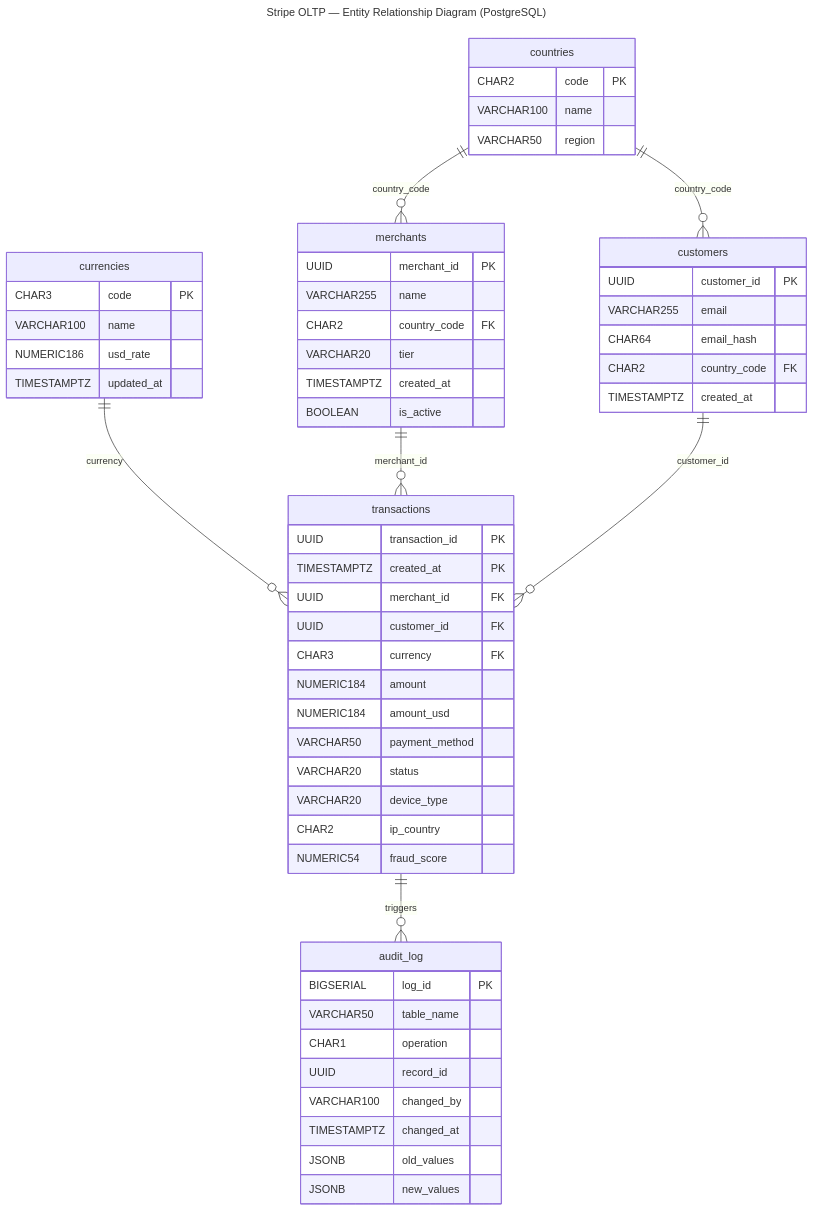
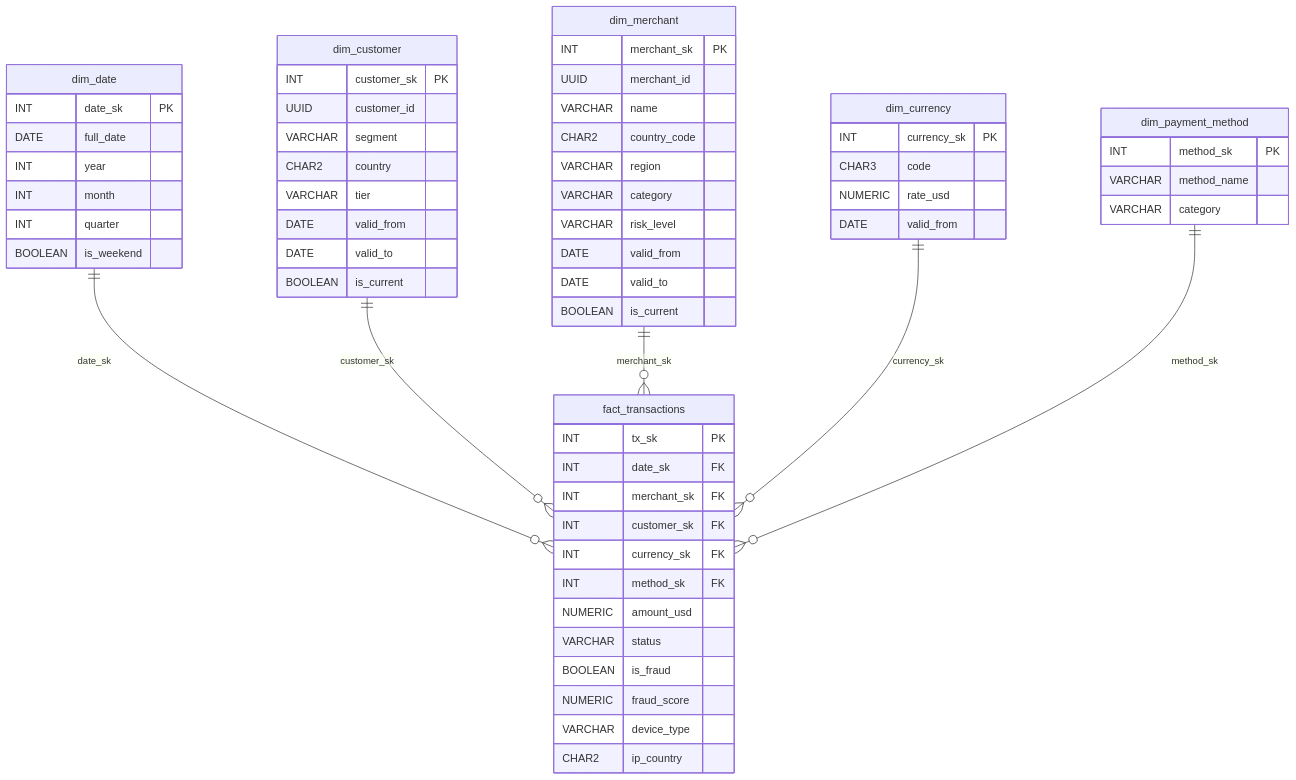
One commit to Artificial-Intelligence-Architect/Stripe-Business-Case changed the second of 3 diagrams in README.md. Above: the diagram before and after it, drawn with Mermaid. The commit also changed other lines of this file and 1 other file, not shown here.

````diff
--- a/README.md
+++ b/README.md
@@ -184,69 +192,63 @@
 ```mermaid
----
-title: "Stripe OLTP — Entity Relationship Diagram (PostgreSQL)"
----
 erDiagram
-
-    countries {
-        CHAR2       code        PK
-        VARCHAR100  name
-        VARCHAR50   region
+    dim_date {
+        INT date_sk PK
+        DATE full_date
+        INT year
+        INT month
+        INT quarter
+        BOOLEAN is_weekend
     }
-
-    currencies {
-        CHAR3       code        PK
-        VARCHAR100  name
-        NUMERIC186  usd_rate
-        TIMESTAMPTZ updated_at
+    dim_customer {
+        INT customer_sk PK
+        UUID customer_id
+        VARCHAR segment
+        CHAR2 country
+        VARCHAR tier
+        DATE valid_from
+        DATE valid_to
+        BOOLEAN is_current
     }
-
-    merchants {
-        UUID        merchant_id  PK
-        VARCHAR255  name
-        CHAR2       country_code FK
-        VARCHAR20   tier
-        TIMESTAMPTZ created_at
-        BOOLEAN     is_active
+    dim_merchant {
+        INT merchant_sk PK
+        UUID merchant_id
+        VARCHAR name
+        CHAR2 country_code
+        VARCHAR region
+        VARCHAR category
+        VARCHAR risk_level
+        DATE valid_from
+        DATE valid_to
+        BOOLEAN is_current
     }
-
-    customers {
-        UUID        customer_id  PK
-        VARCHAR255  email
-        CHAR64      email_hash
-        CHAR2       country_code FK
-        TIMESTAMPTZ created_at
+    dim_currency {
+        INT currency_sk PK
+        CHAR3 code
+        NUMERIC rate_usd
+        DATE valid_from
     }
-
-    transactions {
-        UUID        transaction_id  PK
-        TIMESTAMPTZ created_at      PK
-        UUID        merchant_id     FK
-        UUID        customer_id     FK
-        CHAR3       currency        FK
-        NUMERIC184  amount
-        NUMERIC184  amount_usd
-        VARCHAR50   payment_method
-        VARCHAR20   status
-        VARCHAR20   device_type
-        CHAR2       ip_country
-        NUMERIC54   fraud_score
+    dim_payment_method {
+        INT method_sk PK
+        VARCHAR method_name
+        VARCHAR category
     }
-
-    audit_log {
-        BIGSERIAL   log_id      PK
-        VARCHAR50   table_name
-        CHAR1       operation
-        UUID        record_id
-        VARCHAR100  changed_by
-        TIMESTAMPTZ changed_at
-        JSONB       old_values
-        JSONB       new_values
+    fact_transactions {
+        INT tx_sk PK
+        INT date_sk FK
+        INT merchant_sk FK
+        INT customer_sk FK
+        INT currency_sk FK
+        INT method_sk FK
+        NUMERIC amount_usd
+        VARCHAR status
+        BOOLEAN is_fraud
+        NUMERIC fraud_score
+        VARCHAR device_type
+        CHAR2 ip_country
     }
-
-    countries   ||--o{ merchants    : "country_code"
-    countries   ||--o{ customers    : "country_code"
-    currencies  ||--o{ transactions : "currency"
-    merchants   ||--o{ transactions : "merchant_id"
-    customers   ||--o{ transactions : "customer_id"
-    transactions ||--o{ audit_log   : "triggers"
+    dim_date ||--o{ fact_transactions : "date_sk"
+    dim_customer ||--o{ fact_transactions : "customer_sk"
+    dim_merchant ||--o{ fact_transactions : "merchant_sk"
+    dim_currency ||--o{ fact_transactions : "currency_sk"
+    dim_payment_method ||--o{ fact_transactions : "method_sk"
 ```
````
